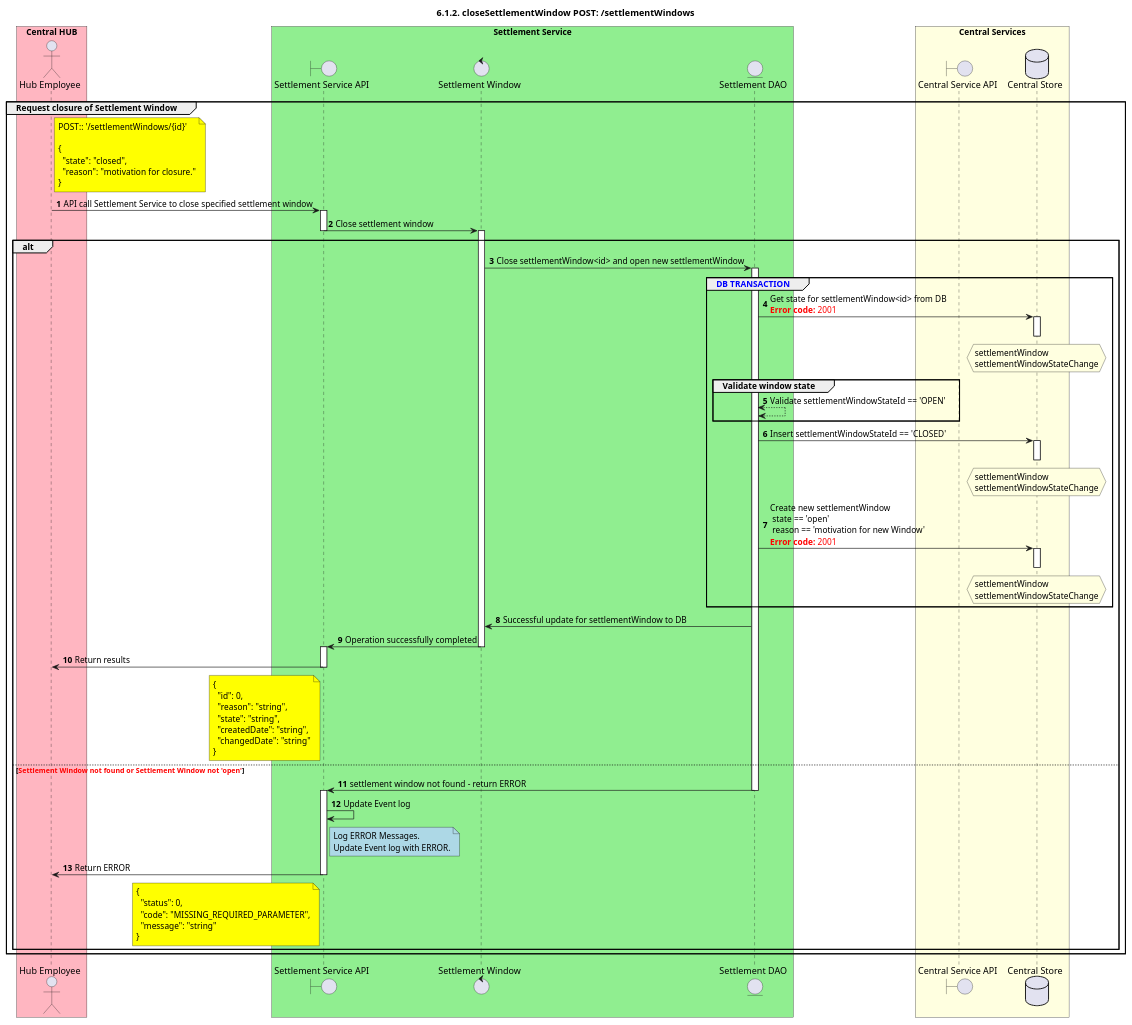
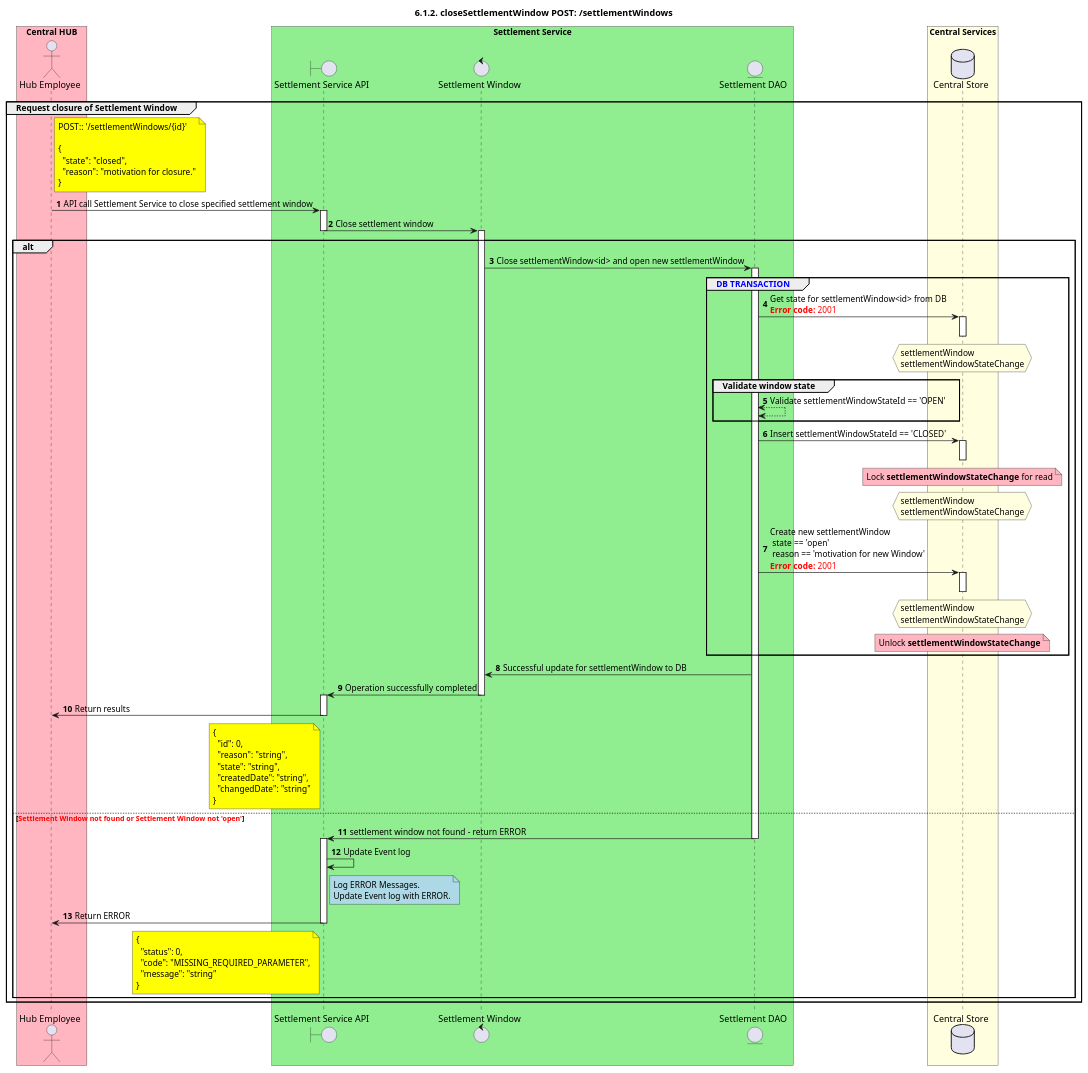
One commit to HenkKodde/docs changed the diagram in CentralServices/seq_diagrams/seq-settleWindow-6.2.1.plantuml. Above: the diagram before and after it, drawn with PlantUML. The commit also changed 5 other files, not shown here.

Commit message:
Removed unused actors and included note to "lock" table for "read" during the status update process - v3.0.

```diff
--- a/CentralServices/seq_diagrams/seq-settleWindow-6.2.1.plantuml
+++ b/CentralServices/seq_diagrams/seq-settleWindow-6.2.1.plantuml
@@ -1,118 +1,121 @@
 @startuml
 ' declate title
 title 6.1.2. closeSettlementWindow POST: /settlementWindows
 
 autonumber
 
 ' Actor Keys:
 
 ' declare actors
 
 actor "Hub Employee" as OPERATOR
 
 boundary "Settlement Service API" as SSAPI
 control "Settlement Window" as SETTLEWINDOW
 entity "Settlement DAO" as SETTLE_DAO
 
-boundary "Central Service API" as CSAPI
 database "Central Store" as DB
 
 box "Central HUB" #LightPink
     participant OPERATOR
 end box
 
 box "Settlement Service" #LightGreen
     participant SSAPI
     participant SETTLEWINDOW
     participant SETTLE_DAO
 end box
 
 box "Central Services" #LightYellow
-    participant CSAPI
     participant DB
 end box
 
 ' start flow
 
 group Request closure of Settlement Window
     note right of OPERATOR #Yellow
         POST:: '/settlementWindows/{id}'
 
         {
           "state": "closed",
           "reason": "motivation for closure."
         }
     end note
     OPERATOR -> SSAPI: API call Settlement Service to close specified settlement window
     activate SSAPI
     SSAPI -> SETTLEWINDOW: Close settlement window
     deactivate SSAPI
     activate SETTLEWINDOW
     alt
         SETTLEWINDOW -> SETTLE_DAO: Close settlementWindow<id> and open new settlementWindow
         activate SETTLE_DAO
         group <color #blue>DB TRANSACTION</color>
             SETTLE_DAO -> DB: Get state for settlementWindow<id> from DB \n<color #FF0000><b>Error code:</b> 2001</color>
             activate DB
             hnote over DB #LightYellow
                 settlementWindow
                 settlementWindowStateChange
             end hnote
             deactivate DB
             group Validate window state
                 SETTLE_DAO <--> SETTLE_DAO: Validate settlementWindowStateId == 'OPEN'
             end
                 SETTLE_DAO -> DB: Insert settlementWindowStateId == 'CLOSED'
+                note over DB #Lightpink
+                Lock **settlementWindowStateChange** for read
+                end note
             activate DB
                 hnote over DB #LightYellow
                 settlementWindow
                 settlementWindowStateChange
                 end hnote
             deactivate DB
 
             SETTLE_DAO -> DB: Create new settlementWindow \n state == 'open'\n reason == 'motivation for new Window' \n<color #FF0000><b>Error code:</b> 2001</color>
             activate DB
                 hnote over DB #LightYellow
                 settlementWindow
                 settlementWindowStateChange
                 end hnote
             deactivate DB
+                note over DB #Lightpink
+                Unlock **settlementWindowStateChange**
+                end note
         end
         SETTLEWINDOW <- SETTLE_DAO: Successful update for settlementWindow to DB
-'        deactivate SETTLE_DAO
     SSAPI <- SETTLEWINDOW: Operation successfully completed
     deactivate SETTLEWINDOW
     activate SSAPI
     OPERATOR <- SSAPI: Return results
         note left of SSAPI #Yellow
         {
           "id": 0,
           "reason": "string",
           "state": "string",
           "createdDate": "string",
           "changedDate": "string"
         }
         end note
     deactivate SSAPI
     else <color #FF0000><b>Settlement Window not found or Settlement Window not 'open'</b></color>
 
     SETTLE_DAO -> SSAPI: settlement window not found - return ERROR
     deactivate SETTLE_DAO
     activate SSAPI
     SSAPI -> SSAPI: Update Event log
     note right of SSAPI #LightBlue
         Log ERROR Messages.
         Update Event log with ERROR.
     end note
     OPERATOR <- SSAPI: Return ERROR
     note left of SSAPI #Yellow
         {
           "status": 0,
           "code": "MISSING_REQUIRED_PARAMETER",
           "message": "string"
         }
     end note
     deactivate SSAPI
     end
 end
 @enduml
```
